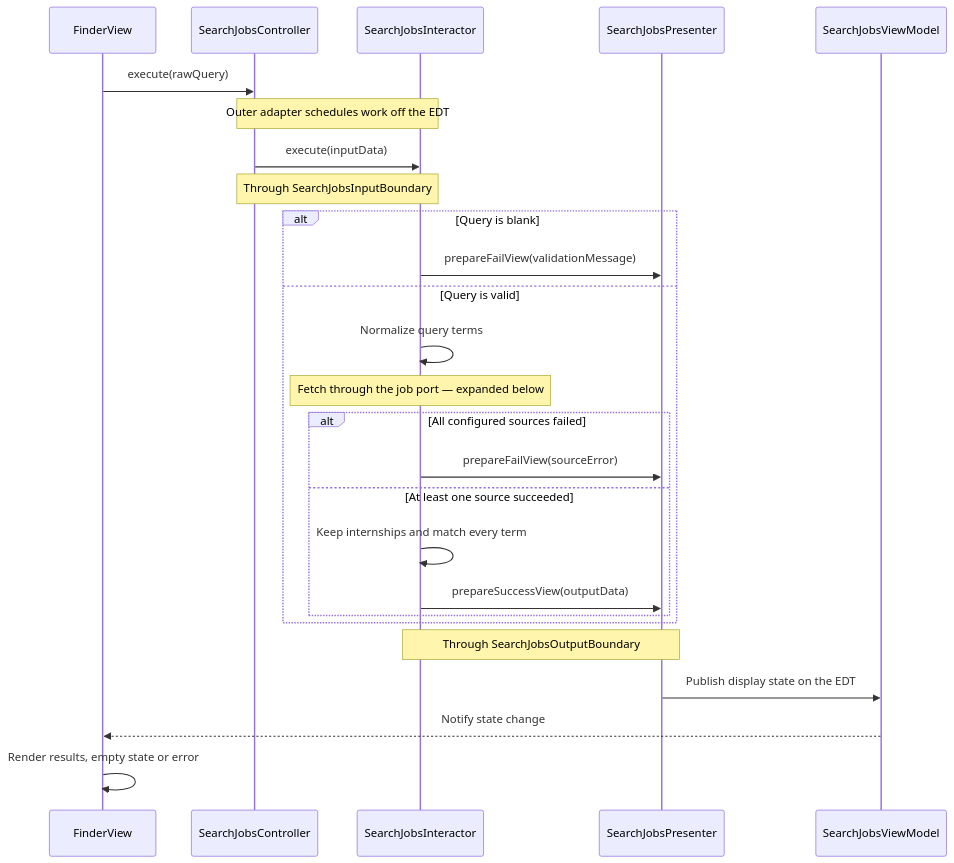
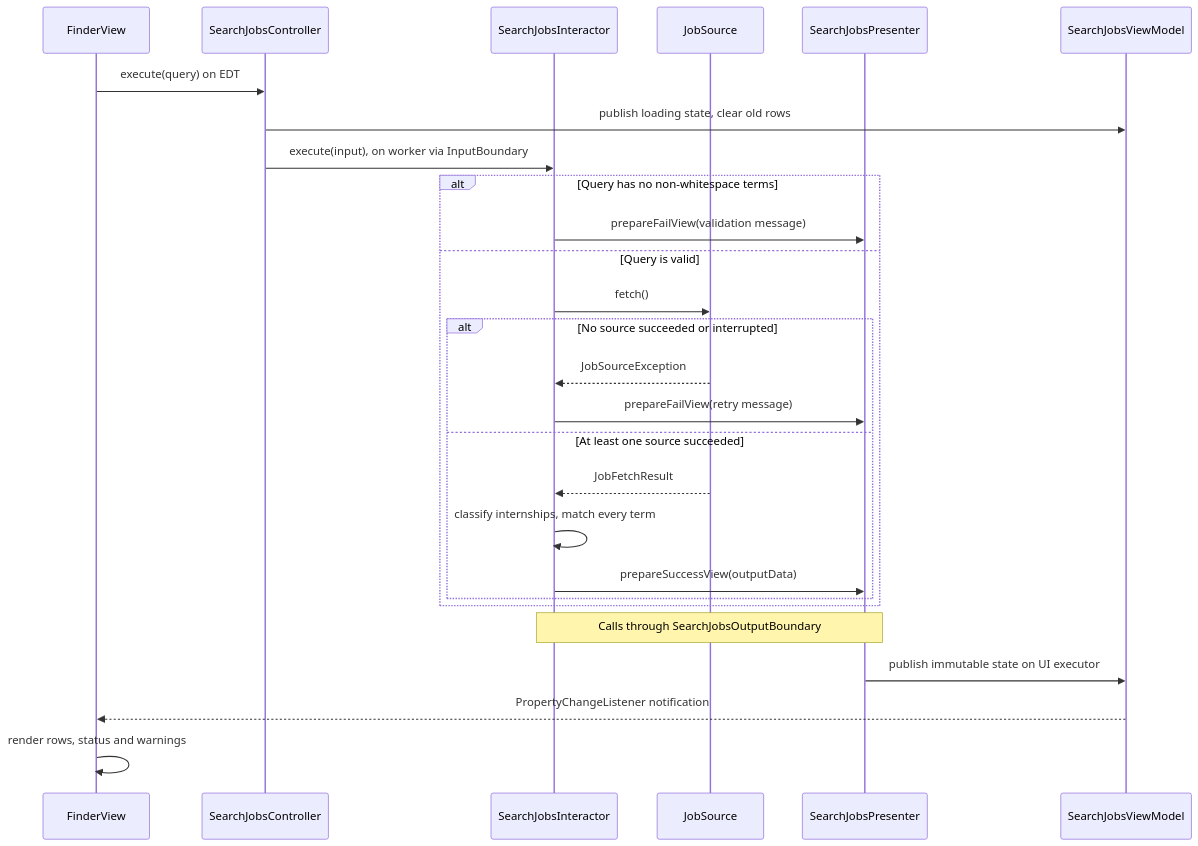
Before and after one commit to CSC207-2025F-UofT/team-project: the second of 2 diagrams in docs/design/finder.md, drawn with Mermaid. The commit also changed other lines of this file and 42 other files, not shown here.

````diff
--- a/docs/design/finder.md
+++ b/docs/design/finder.md
@@ -161,29 +54,29 @@
 ```mermaid
 sequenceDiagram
 participant V as FinderView
 participant C as SearchJobsController
 participant I as SearchJobsInteractor
+participant D as JobSource
 participant P as SearchJobsPresenter
 participant M as SearchJobsViewModel
-
-V->>C: execute(rawQuery)
-Note over C,I: Outer adapter schedules work off the EDT
-C->>I: execute(inputData)
-Note over C,I: Through SearchJobsInputBoundary
-alt Query is blank
-    I->>P: prepareFailView(validationMessage)
+V->>C: execute(query) on EDT
+C->>M: publish loading state, clear old rows
+C->>I: execute(input), on worker via InputBoundary
+alt Query has no non-whitespace terms
+    I->>P: prepareFailView(validation message)
 else Query is valid
-    I->>I: Normalize query terms
-    Note over I: Fetch through the job port — expanded below
-    alt All configured sources failed
-        I->>P: prepareFailView(sourceError)
+    I->>D: fetch()
+    alt No source succeeded or interrupted
+        D-->>I: JobSourceException
+        I->>P: prepareFailView(retry message)
     else At least one source succeeded
-        I->>I: Keep internships and match every term
+        D-->>I: JobFetchResult
+        I->>I: classify internships, match every term
         I->>P: prepareSuccessView(outputData)
     end
 end
-Note over I,P: Through SearchJobsOutputBoundary
-P->>M: Publish display state on the EDT
-M-->>V: Notify state change
-V->>V: Render results, empty state or error
+Note over I,P: Calls through SearchJobsOutputBoundary
+P->>M: publish immutable state on UI executor
+M-->>V: PropertyChangeListener notification
+V->>V: render rows, status and warnings
 ```
````
